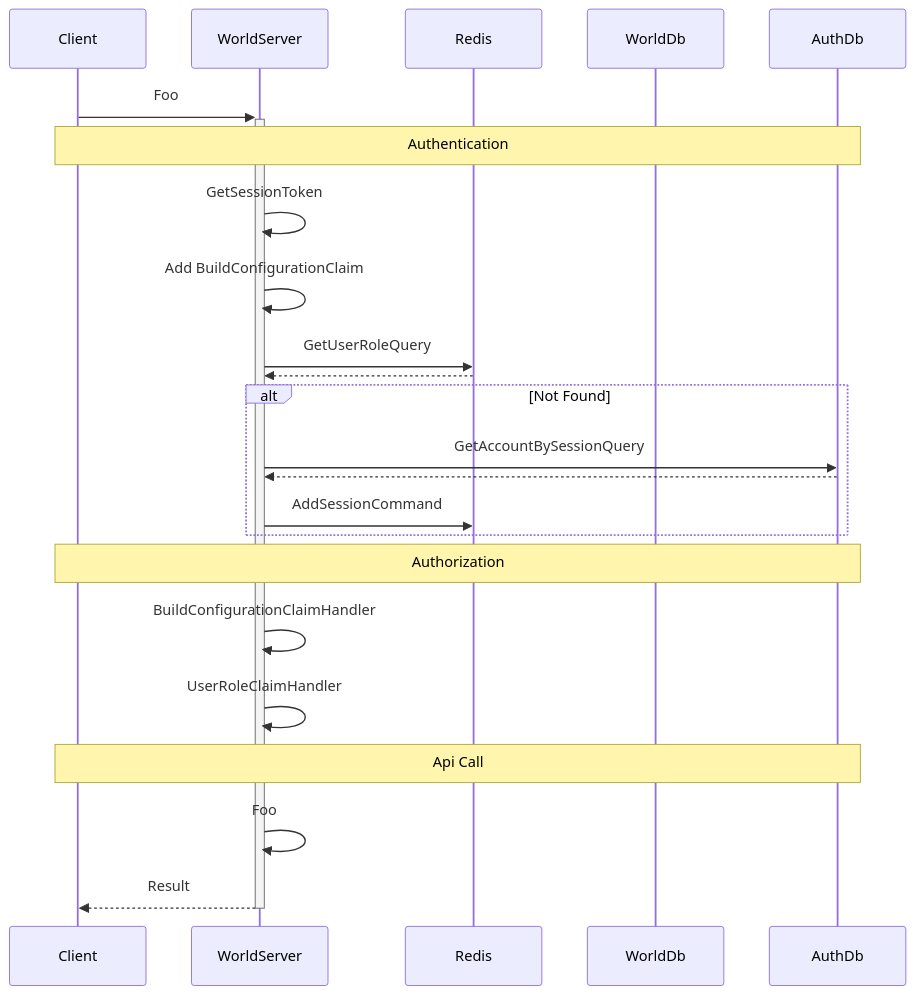
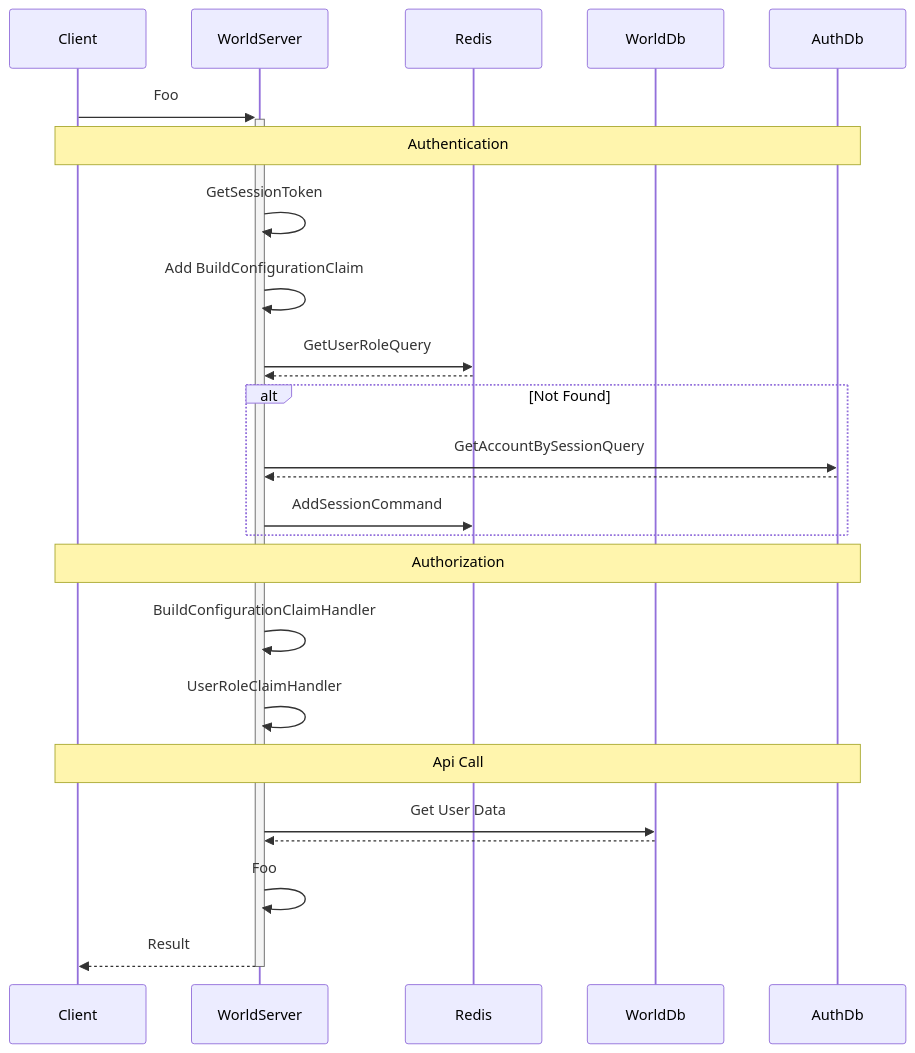
One commit to bluekms/Playground changed the diagram in Documents/WorldServerApiCall.md. Above: the diagram before and after it, drawn with Mermaid. The commit also changed 10 other files, not shown here.

````diff
--- a/Documents/WorldServerApiCall.md
+++ b/Documents/WorldServerApiCall.md
@@ -2,29 +2,31 @@
 ```mermaid
 sequenceDiagram
   participant Client
   participant WorldServer
   participant Redis
   participant WorldDb
   participant AuthDb
   
   Client->>+WorldServer: Foo
   Note over Client, AuthDb: Authentication
   WorldServer->>WorldServer: GetSessionToken
   WorldServer->>WorldServer: Add BuildConfigurationClaim
   WorldServer->>Redis: GetUserRoleQuery
   Redis-->>WorldServer: 
   Alt Not Found
     WorldServer->>AuthDb: GetAccountBySessionQuery
     AuthDb-->>WorldServer: 
     WorldServer->>Redis: AddSessionCommand
   end
 
   Note over Client, AuthDb: Authorization
   WorldServer->>WorldServer: BuildConfigurationClaimHandler
   WorldServer->>WorldServer: UserRoleClaimHandler
   
   Note over Client, AuthDb: Api Call
+  WorldServer->>WorldDb: Get User Data
+  WorldDb-->>WorldServer: 
   WorldServer->>WorldServer: Foo
   
   WorldServer-->>-Client: Result
 ```
````
